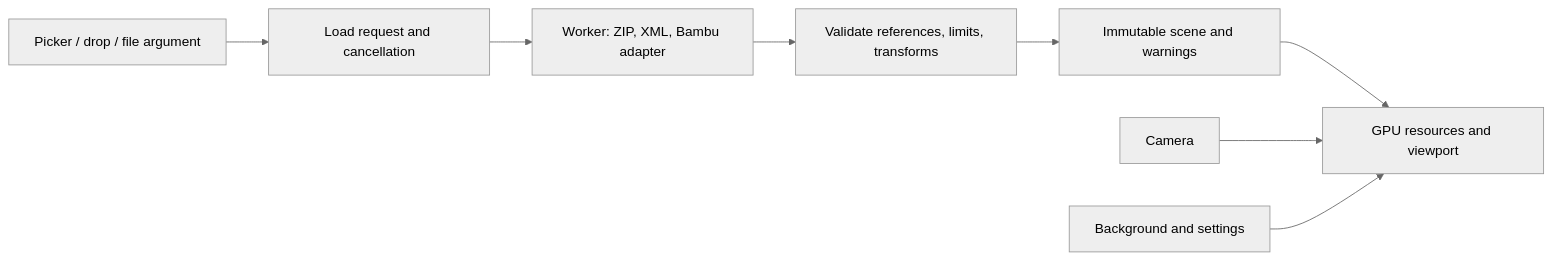
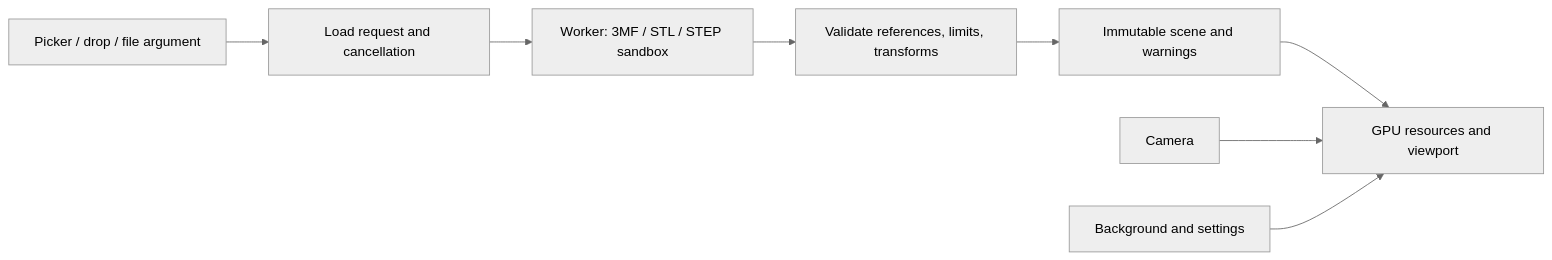
The diagram in SPEC.md (mpakus/yo3mfs), drawn with Mermaid (neutral theme) before and after one commit. The commit also changed other lines of this file and 82 other files, not shown here.

First line of the commit message:
feat: release 1.5.0 with STL, STEP, OBJ, PLY and glTF previews

````diff
--- a/SPEC.md
+++ b/SPEC.md
@@ -236,10 +274,10 @@
 ```mermaid
 flowchart LR
     Open[Picker / drop / file argument] --> Request[Load request and cancellation]
-    Request --> Import[Worker: ZIP, XML, Bambu adapter]
+    Request --> Import[Worker: 3MF / STL / STEP sandbox]
     Import --> Validate[Validate references, limits, transforms]
     Validate --> Scene[Immutable scene and warnings]
     Scene --> Render[GPU resources and viewport]
     Camera[Camera] --> Render
     Settings[Background and settings] --> Render
 ```
````
